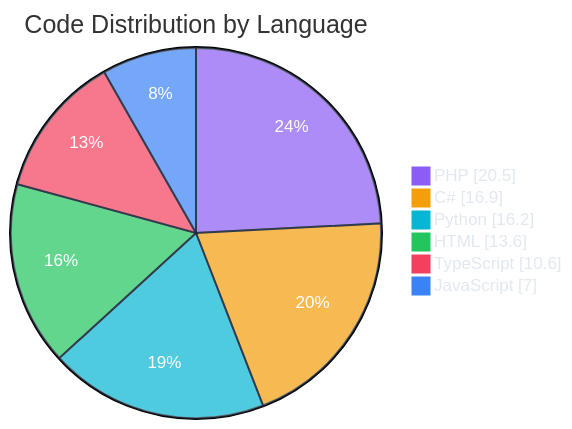
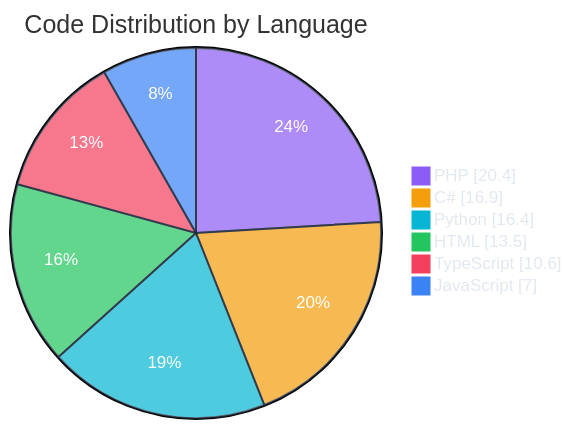
One commit to polo-nyan/polo-nyan changed the second of 7 diagrams in README.md. Above: the diagram before and after it, drawn with Mermaid. The commit also changed other lines of this file and 1 other file, not shown here.

````diff
--- a/README.md
+++ b/README.md
@@ -229,11 +229,11 @@
 ```mermaid
 %%{init: {"theme": "base", "themeVariables": { "pie1": "#8b5cf6", "pie2": "#f59e0b", "pie3": "#06b6d4", "pie4": "#22c55e", "pie5": "#f43f5e", "pie6": "#3b82f6", "pie7": "#ec4899", "pieTextColor": "#ffffff", "pieLegendTextColor": "#e2e8f0", "pieSectionTextColor": "#ffffff", "pieStrokeColor": "#1e293b" }}}%%
 pie showData
     title Code Distribution by Language
-    "PHP" : 20.5
+    "PHP" : 20.4
     "C#" : 16.9
-    "Python" : 16.2
-    "HTML" : 13.6
+    "Python" : 16.4
+    "HTML" : 13.5
     "TypeScript" : 10.6
     "JavaScript" : 7.0
 ```
````
